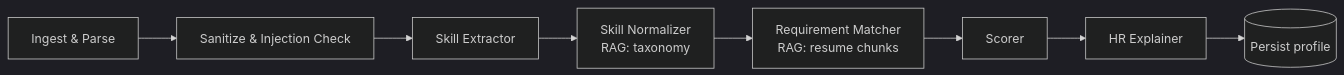
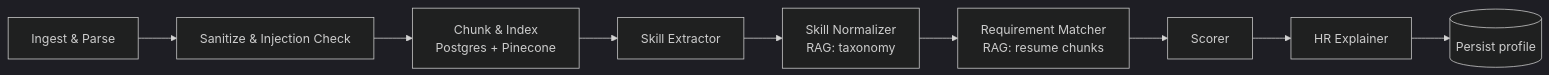
One commit to AhmadWali04/Rosetta changed the second of 3 diagrams in PRD.md. Above: the diagram before and after it, drawn with Mermaid (dark theme). The commit also changed other lines of this file and 2 other files, not shown here.

````diff
--- a/PRD.md
+++ b/PRD.md
@@ -106,4 +106,4 @@
 ```mermaid
 flowchart LR
-    A[Ingest & Parse] --> B[Sanitize & Injection Check] --> C[Skill Extractor] --> D[Skill Normalizer<br/>RAG: taxonomy] --> E[Requirement Matcher<br/>RAG: resume chunks] --> F[Scorer] --> G[HR Explainer] --> H[(Persist profile)]
+    A[Ingest & Parse] --> B[Sanitize & Injection Check] --> X[Chunk & Index<br/>Postgres + Pinecone] --> C[Skill Extractor] --> D[Skill Normalizer<br/>RAG: taxonomy] --> E[Requirement Matcher<br/>RAG: resume chunks] --> F[Scorer] --> G[HR Explainer] --> H[(Persist profile)]
 ```
````
